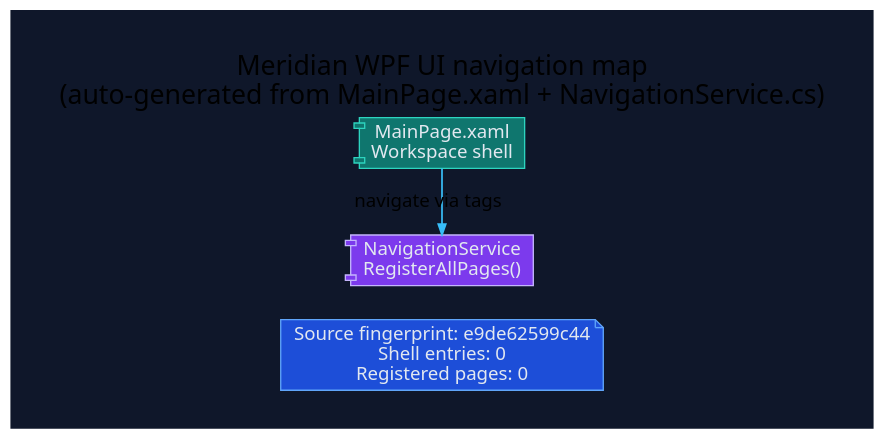
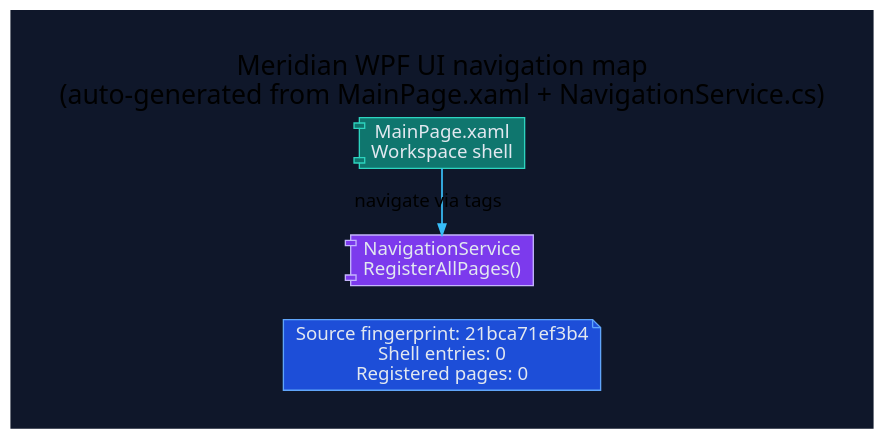
The diagram in docs/diagrams/ui-navigation-map.dot (rodoHasArrived/Meridian-main), drawn with Graphviz before and after one commit. The commit also changed 5 other files, not shown here.

Commit message:
docs(diagrams): regenerate diagram artifacts from sources

```diff
--- a/docs/diagrams/ui-navigation-map.dot
+++ b/docs/diagrams/ui-navigation-map.dot
@@ -1,27 +1,27 @@
 // -----------------------------------------------------------------------------
 // <auto-generated>
 // Generated by scripts/generate-diagrams.mjs.
 // Do not edit this file directly; update the WPF source files instead.
 // -----------------------------------------------------------------------------
 digraph UiNavigationMap {
   graph [
     rankdir=LR,
     labelloc=t,
     label="Meridian WPF UI navigation map\n(auto-generated from MainPage.xaml + NavigationService.cs)",
     fontname="Segoe UI",
     fontsize=20,
     pad=0.4,
     nodesep=0.35,
     ranksep=1.0,
     bgcolor="#0f172a"
   ];
   node [fontname="Segoe UI", shape=box, style="rounded,filled", color="#475569", fontcolor="#e2e8f0", fillcolor="#1e293b"];
   edge [fontname="Segoe UI", color="#94a3b8", penwidth=1.3, arrowsize=0.8];
 
-  generated [shape=note, fillcolor="#1d4ed8", color="#60a5fa", label="Source fingerprint: e9de62599c44\nShell entries: 0\nRegistered pages: 0"];
+  generated [shape=note, fillcolor="#1d4ed8", color="#60a5fa", label="Source fingerprint: 21bca71ef3b4\nShell entries: 0\nRegistered pages: 0"];
   shell [shape=component, fillcolor="#0f766e", color="#2dd4bf", label="MainPage.xaml\nWorkspace shell"];
   navigation [shape=component, fillcolor="#7c3aed", color="#c4b5fd", label="NavigationService\nRegisterAllPages()"];
   shell -> navigation [label="navigate via tags", color="#38bdf8"];
 
   { rank=min; generated; shell; navigation; }
 }
```
